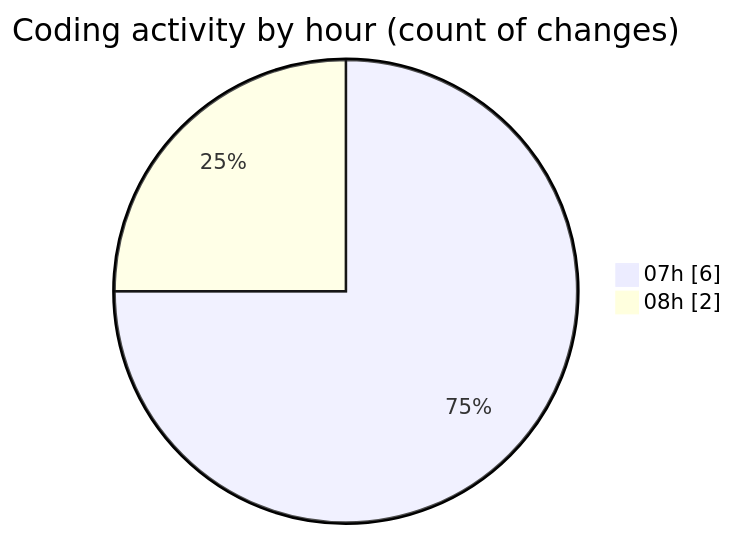
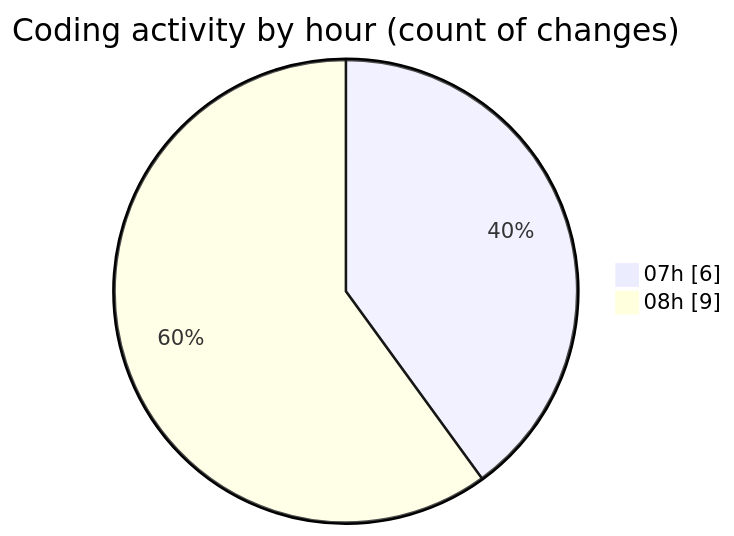
The second of 2 diagrams in 2025-01-23/mbc-web/README.md (robertbonfada/code-tracking), drawn with Mermaid before and after one commit. The commit also changed other lines of this file and 1 other file, not shown here.

````diff
--- a/2025-01-23/mbc-web/README.md
+++ b/2025-01-23/mbc-web/README.md
@@ -34,6 +34,6 @@
 ```mermaid
 pie showData
 title Coding activity by hour (count of changes)
 "07h" : 6
-"08h" : 2
+"08h" : 9
 ```
````
